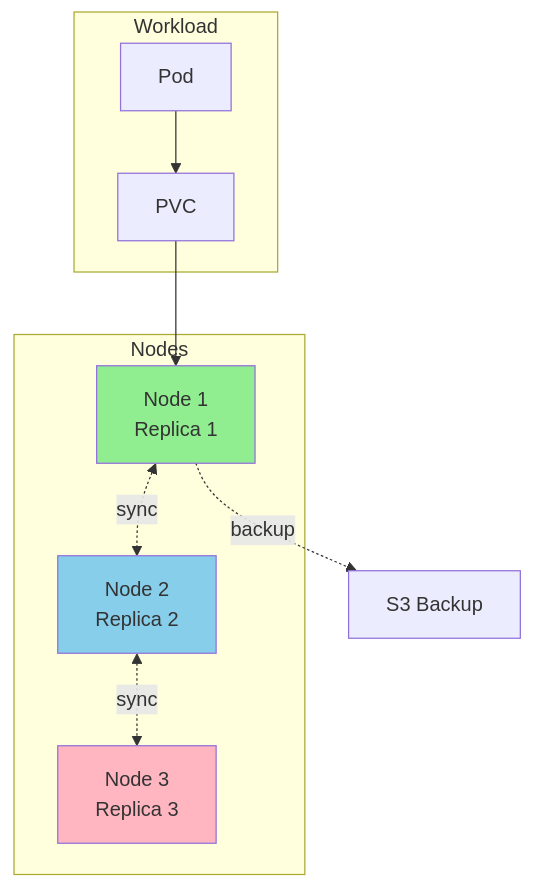
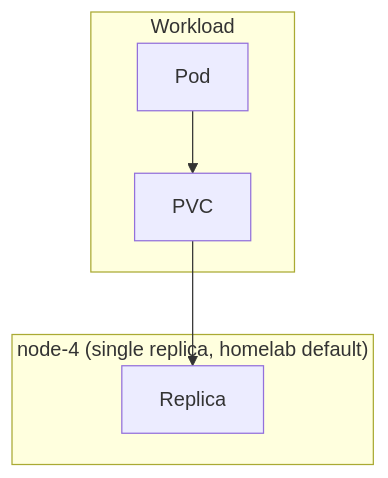
One commit to jomcgi-org/homelab changed the diagram in projects/platform/longhorn/README.md. Above: the diagram before and after it, drawn with Mermaid. The commit also changed other lines of this file and 15 other files, not shown here.

````diff
--- a/projects/platform/longhorn/README.md
+++ b/projects/platform/longhorn/README.md
@@ -9,21 +9,12 @@
 ```mermaid
 flowchart TB
-    subgraph Nodes
-        N1[Node 1<br/>Replica 1]
-        N2[Node 2<br/>Replica 2]
-        N3[Node 3<br/>Replica 3]
+    subgraph "node-4 (single replica, homelab default)"
+        N1[Replica]
     end
 
     subgraph Workload
         POD[Pod] --> PVC[PVC]
     end
 
     PVC --> N1
-    N1 <-.sync.-> N2
-    N2 <-.sync.-> N3
-    N1 -.backup.-> S3[S3 Backup]
-
-    style N1 fill:#90EE90
-    style N2 fill:#87CEEB
-    style N3 fill:#FFB6C1
 ```
````
